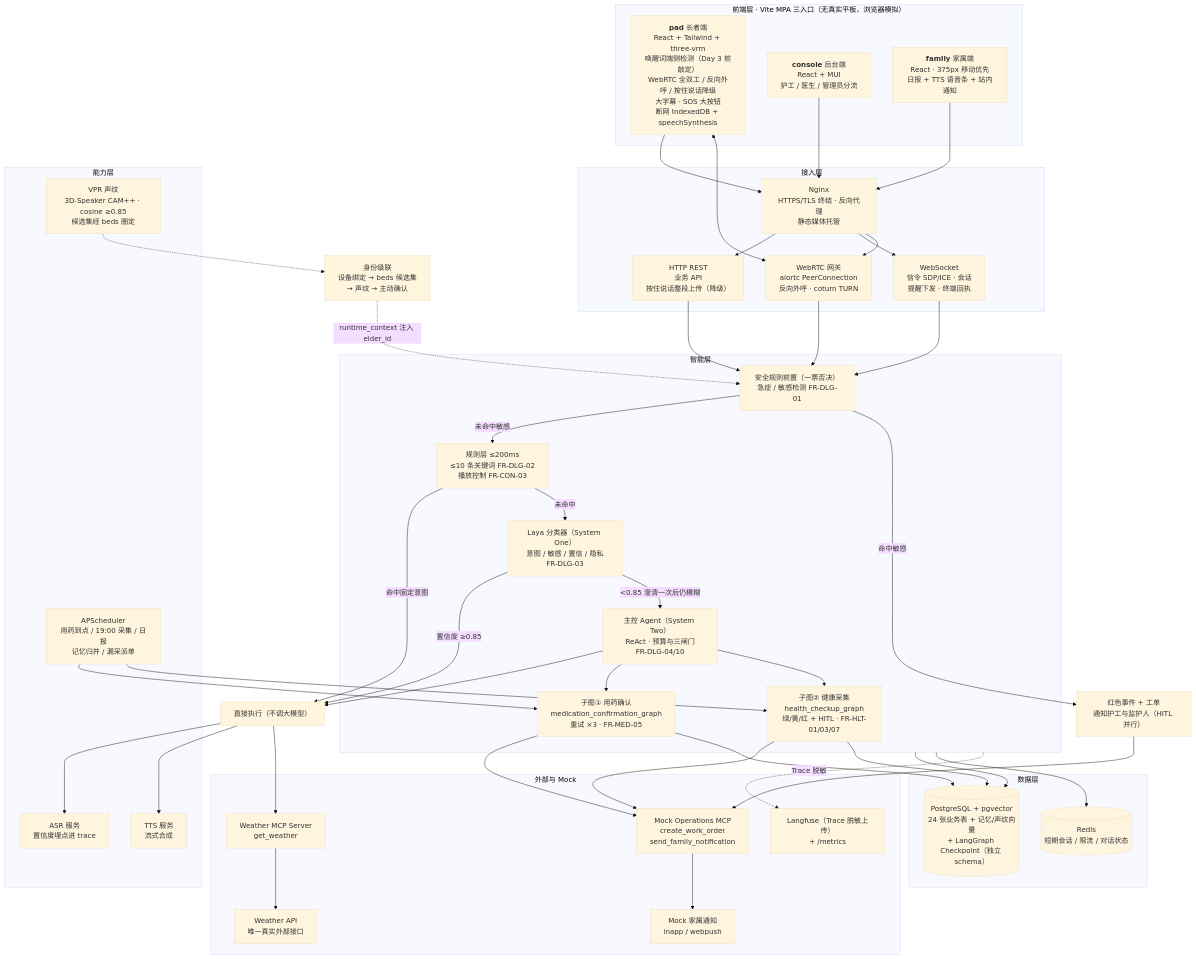
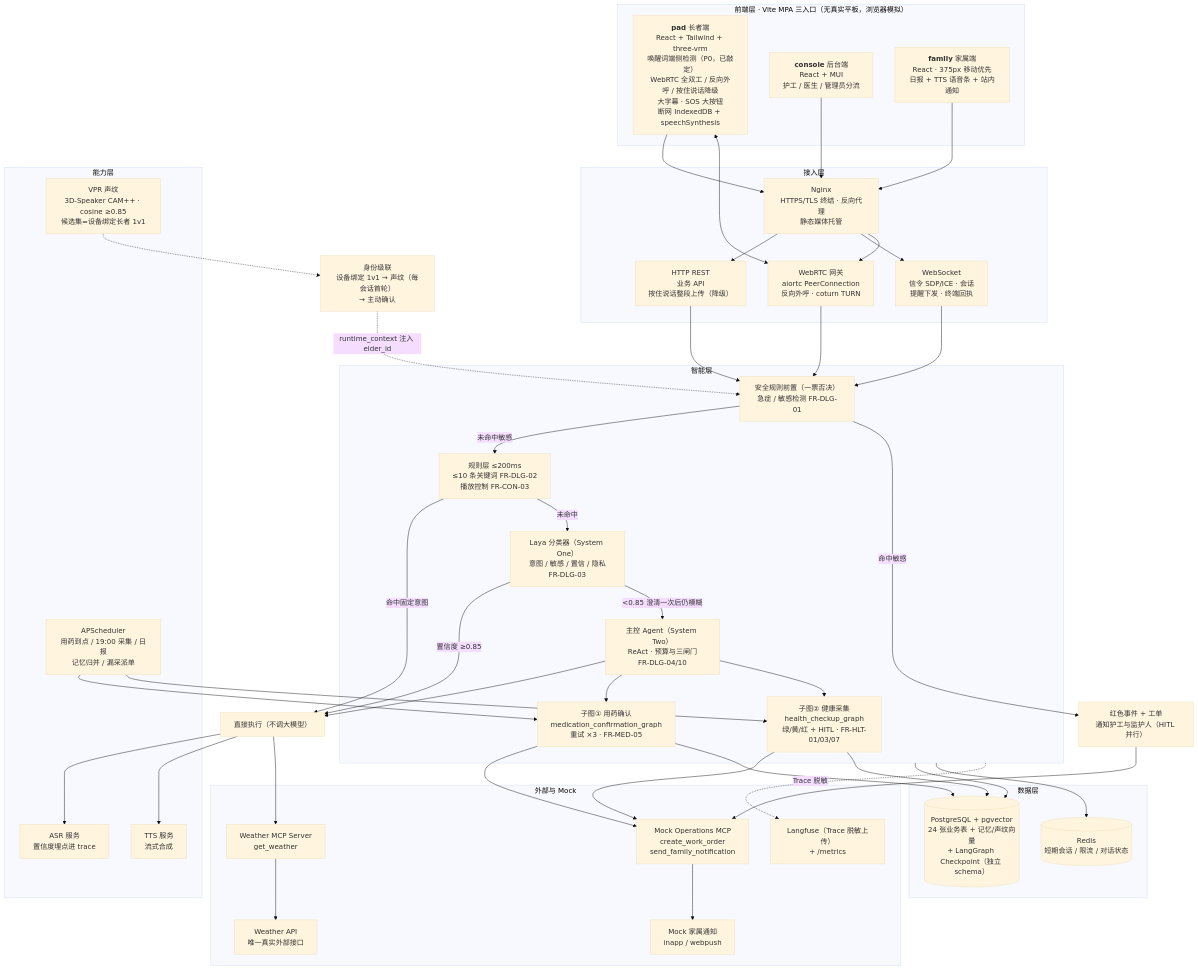
The first of 4 diagrams in docs/康伴3D数字人_技术设计文档.md (zha-yu/kangban), drawn with Mermaid (base theme) before and after one commit. The commit also changed other lines of this file and 10 other files, not shown here.

````diff
--- a/docs/康伴3D数字人_技术设计文档.md
+++ b/docs/康伴3D数字人_技术设计文档.md
@@ -27,81 +27,81 @@
 ```mermaid
 flowchart TB
     subgraph FE["前端层 · Vite MPA 三入口（无真实平板，浏览器模拟）"]
-        PAD["<b>pad</b> 长者端<br/>React + Tailwind + three-vrm<br/>唤醒词端侧检测（Day 3 前敲定）<br/>WebRTC 全双工 / 反向外呼 / 按住说话降级<br/>大字幕 · SOS 大按钮<br/>断网 IndexedDB + speechSynthesis"]
+        PAD["<b>pad</b> 长者端<br/>React + Tailwind + three-vrm<br/>唤醒词端侧检测（P0，已敲定）<br/>WebRTC 全双工 / 反向外呼 / 按住说话降级<br/>大字幕 · SOS 大按钮<br/>断网 IndexedDB + speechSynthesis"]
         CONSOLE["<b>console</b> 后台端<br/>React + MUI<br/>护工 / 医生 / 管理员分流"]
         FAMILY["<b>family</b> 家属端<br/>React · 375px 移动优先<br/>日报 + TTS 语音条 + 站内通知"]
     end
 
     subgraph GW["接入层"]
         NGINX["Nginx<br/>HTTPS/TLS 终结 · 反向代理<br/>静态媒体托管"]
         HTTP["HTTP REST<br/>业务 API<br/>按住说话整段上传（降级）"]
         WS["WebSocket<br/>信令 SDP/ICE · 会话<br/>提醒下发 · 终端回执"]
         RTC["WebRTC 网关<br/>aiortc PeerConnection<br/>反向外呼 · coturn TURN"]
     end
 
     subgraph INT["智能层"]
         VETO["安全规则前置（一票否决）<br/>急症 / 敏感检测 FR-DLG-01"]
         RULE["规则层 ≤200ms<br/>≤10 条关键词 FR-DLG-02<br/>播放控制 FR-CON-03"]
         LAYA["Laya 分类器（System One）<br/>意图 / 敏感 / 置信 / 隐私<br/>FR-DLG-03"]
         AGENT["主控 Agent（System Two）<br/>ReAct · 预算与三闸门<br/>FR-DLG-04/10"]
         SG1["子图① 用药确认<br/>medication_confirmation_graph<br/>重试 ×3 · FR-MED-05"]
         SG2["子图② 健康采集<br/>health_checkup_graph<br/>绿/黄/红 + HITL · FR-HLT-01/03/07"]
     end
 
     subgraph CAP["能力层"]
         ASR["ASR 服务<br/>置信度埋点进 trace"]
         TTS["TTS 服务<br/>流式合成"]
-        VPR["VPR 声纹<br/>3D-Speaker CAM++ · cosine ≥0.85<br/>候选集经 beds 圈定"]
+        VPR["VPR 声纹<br/>3D-Speaker CAM++ · cosine ≥0.85<br/>候选集=设备绑定长者 1v1"]
         SCHED["APScheduler<br/>用药到点 / 19:00 采集 / 日报<br/>记忆归并 / 漏采派单"]
     end
 
     subgraph DATA["数据层"]
         PG[("PostgreSQL + pgvector<br/>24 张业务表 + 记忆/声纹向量<br/>+ LangGraph Checkpoint（独立 schema）")]
         REDIS[("Redis<br/>短期会话 / 限流 / 对话状态")]
     end
 
     subgraph EXT["外部与 Mock"]
         WAPI["Weather API<br/>唯一真实外部接口"]
         MCPW["Weather MCP Server<br/>get_weather"]
         MCPO["Mock Operations MCP<br/>create_work_order<br/>send_family_notification"]
         NOTIFY["Mock 家属通知<br/>inapp / webpush"]
         LF["Langfuse（Trace 脱敏上传）<br/>+ /metrics"]
     end
 
     PAD --> NGINX
     PAD <--> RTC
     CONSOLE --> NGINX
     FAMILY --> NGINX
     NGINX --> HTTP
     NGINX --> WS
     NGINX --> RTC
     HTTP --> VETO
     WS --> VETO
     RTC --> VETO
     VETO -->|未命中敏感| RULE
     VETO -->|命中敏感| REDEVT["红色事件 + 工单<br/>通知护工与监护人（HITL 并行）"]
     RULE -->|命中固定意图| TOOLRUN["直接执行（不调大模型）"]
     RULE -->|未命中| LAYA
     LAYA -->|置信度 ≥0.85| TOOLRUN
     LAYA -->|&lt;0.85 澄清一次后仍模糊| AGENT
     AGENT --> TOOLRUN
     AGENT --> SG1
     AGENT --> SG2
     SCHED --> SG1
     SCHED --> SG2
     TOOLRUN --> ASR
     TOOLRUN --> TTS
-    IDEN["身份级联<br/>设备绑定 → beds 候选集<br/>→ 声纹 → 主动确认"] -.->|runtime_context 注入 elder_id| VETO
+    IDEN["身份级联<br/>设备绑定 1v1 → 声纹（每会话首轮）<br/>→ 主动确认"] -.->|runtime_context 注入 elder_id| VETO
     VPR -.-> IDEN
     SG1 --> MCPO
     SG2 --> MCPO
     REDEVT --> MCPO
     MCPO --> NOTIFY
     TOOLRUN --> MCPW
     MCPW --> WAPI
     INT --> PG
     INT --> REDIS
     SG1 --> PG
     SG2 --> PG
     INT -.->|Trace 脱敏| LF
 ```
````
